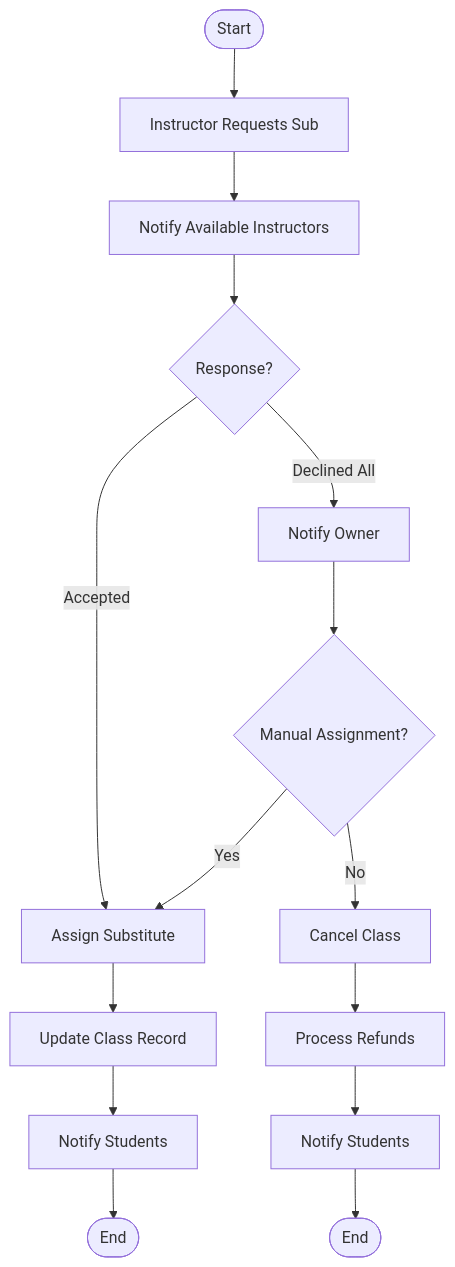
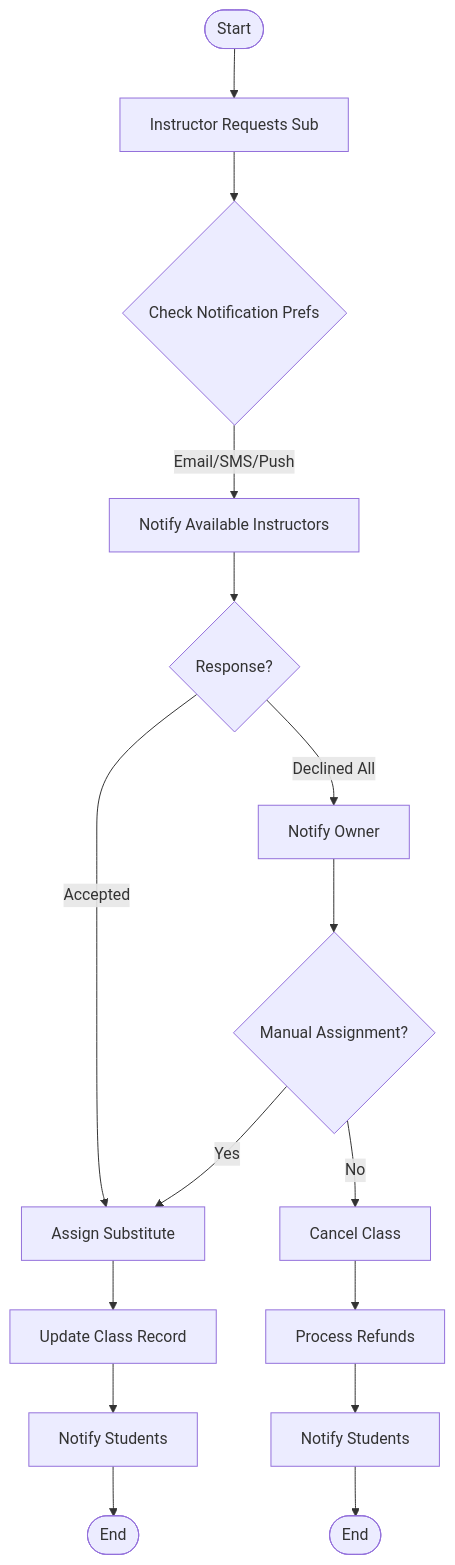
Before and after one commit to slichti/studio-platform-dev: the third of 9 diagrams in docs/bpmn_workflows.md, drawn with Mermaid. The commit also changed 3 other files, not shown here.

Commit message:
docs: update system overview, architecture, schema, and workflows for completed phases

````diff
--- a/docs/bpmn_workflows.md
+++ b/docs/bpmn_workflows.md
@@ -59,19 +59,20 @@
 ```mermaid
 flowchart TD
     START([Start]) --> REQUEST[Instructor Requests Sub]
-    REQUEST --> NOTIFY[Notify Available Instructors]
+    REQUEST --> PREFS{Check Notification Prefs}
+    PREFS -->|Email/SMS/Push| NOTIFY[Notify Available Instructors]
     NOTIFY --> WAIT{Response?}
     
     WAIT -->|Accepted| ASSIGN[Assign Substitute]
     ASSIGN --> UPDATE[Update Class Record]
     UPDATE --> STUDENTS[Notify Students]
     STUDENTS --> END1([End])
     
     WAIT -->|Declined All| OWNER[Notify Owner]
     OWNER --> MANUAL{Manual Assignment?}
     MANUAL -->|Yes| ASSIGN
     MANUAL -->|No| CANCEL[Cancel Class]
     CANCEL --> REFUND[Process Refunds]
     REFUND --> STUDENTS2[Notify Students]
     STUDENTS2 --> END2([End])
 ```
````
